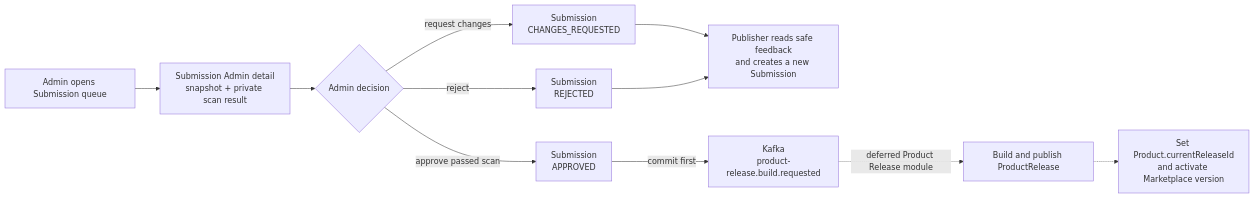
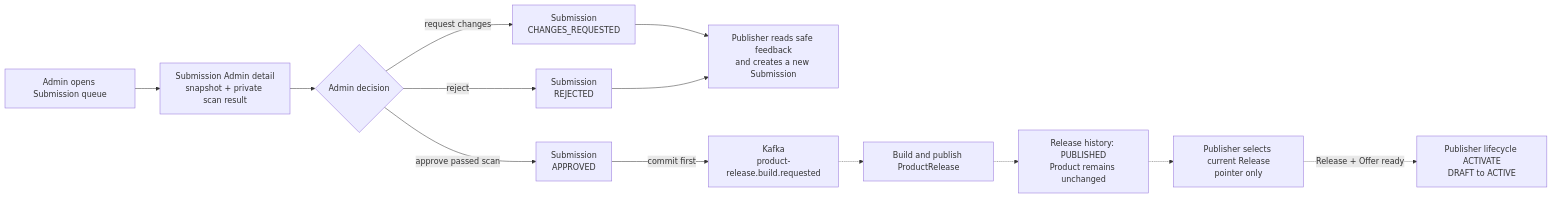
The diagram in components/a2matex-backend/product_submission_release/review.md (A2MaTex/a2matex-docs), drawn with Mermaid before and after one commit. The commit also changed other lines of this file and 7 other files, not shown here.

Commit message:
update product offer spec and enforce product activation rules

````diff
--- a/components/a2matex-backend/product_submission_release/review.md
+++ b/components/a2matex-backend/product_submission_release/review.md
@@ -19,13 +19,15 @@
 ```mermaid
 flowchart LR
     Q[Admin opens Submission queue] --> D[Submission Admin detail<br/>snapshot + private scan result]
     D --> R{Admin decision}
     R -->|request changes| C[Submission<br/>CHANGES_REQUESTED]
     R -->|reject| X[Submission<br/>REJECTED]
     R -->|approve passed scan| A[Submission<br/>APPROVED]
     C --> P[Publisher reads safe feedback<br/>and creates a new Submission]
     X --> P
     A -->|commit first| K[Kafka<br/>product-release.build.requested]
-    K -.->|deferred Product Release module| B[Build and publish ProductRelease]
-    B -.-> M[Set Product.currentReleaseId<br/>and activate Marketplace version]
+    K -.-> B[Build and publish ProductRelease]
+    B -.-> H[Release history: PUBLISHED<br/>Product remains unchanged]
+    H -.-> S[Publisher selects current Release<br/>pointer only]
+    S -.->|Release + Offer ready| M[Publisher lifecycle ACTIVATE<br/>DRAFT to ACTIVE]
 ```
````
